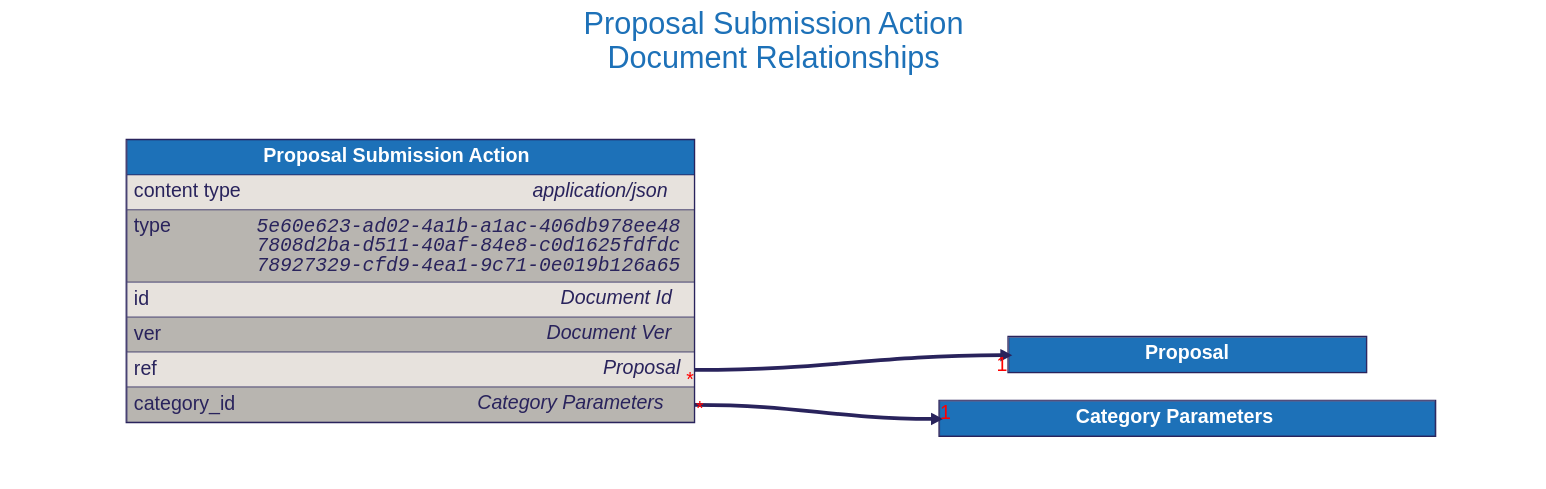
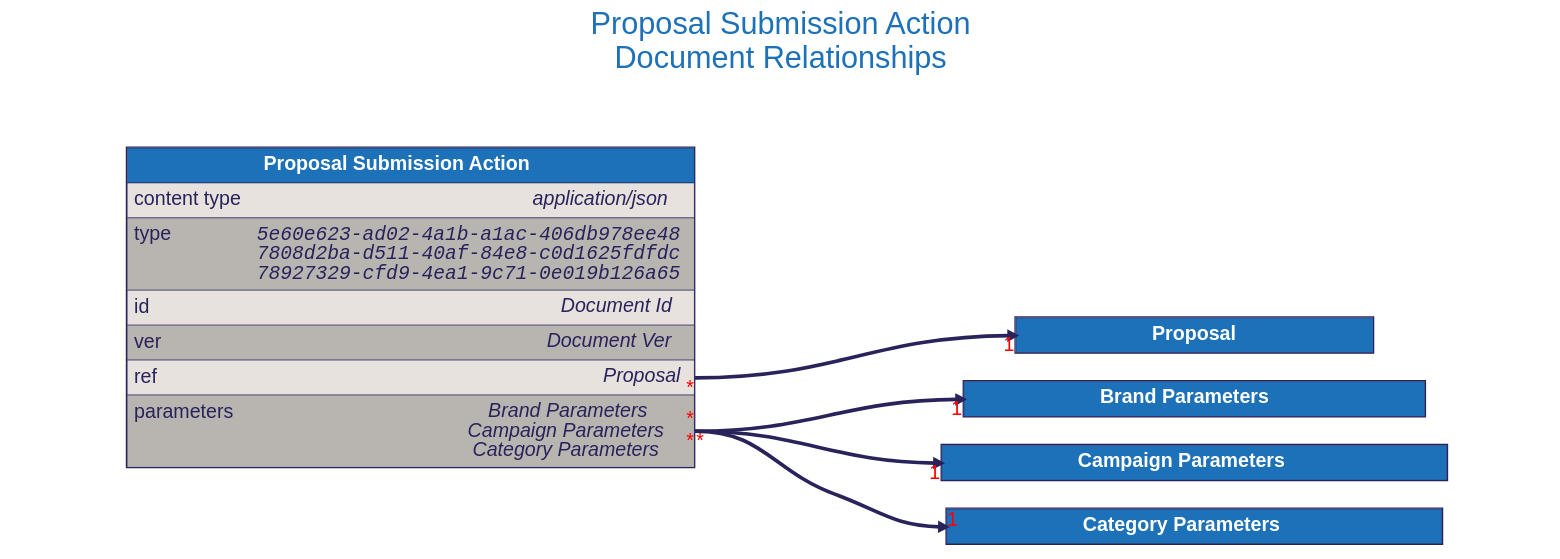
One commit to input-output-hk/catalyst-libs changed the diagram in docs/src/architecture/08_concepts/signed_doc/diagrams/proposal_submission_action.dot. Above: the diagram before and after it, drawn with Graphviz. The commit also changed 42 other files, not shown here.

```diff
--- a/docs/src/architecture/08_concepts/signed_doc/diagrams/proposal_submission_action.dot
+++ b/docs/src/architecture/08_concepts/signed_doc/diagrams/proposal_submission_action.dot
@@ -1,121 +1,153 @@
 digraph "Proposal Submission Action" {
     rankdir="LR"
         graph [fontname="helvetica", fontsize="32", fontcolor="#29235c", bgcolor="white"];
         node [penwidth="0", margin="0", fontname="helvetica", fontsize="32", fontcolor="#29235c"];
         edge [fontname="helvetica", fontsize="32", fontcolor="red", color="#29235c"];
 
     labelloc="t"
     label="Proposal Submission Action
 Document Relationships"
     fontcolor="#1d71b8"
     fontsize=50
 
 
     "Proposal" [
         id="Proposal";
         label=<
             <TABLE BORDER="2" COLOR="#29235c" CELLBORDER="1" CELLSPACING="0" CELLPADDING="10">
             <TR>
                 <TD PORT="title" BGCOLOR="#1d71b8" HREF="../proposal/">
                     <FONT COLOR="#ffffff"><B> Proposal </B></FONT>
+                </TD>
+            </TR>
+
+            </TABLE>
+        >
+    ];
+
+
+    "Brand Parameters" [
+        id="Brand Parameters";
+        label=<
+            <TABLE BORDER="2" COLOR="#29235c" CELLBORDER="1" CELLSPACING="0" CELLPADDING="10">
+            <TR>
+                <TD PORT="title" BGCOLOR="#1d71b8" HREF="../brand_parameters/">
+                    <FONT COLOR="#ffffff"><B> Brand Parameters </B></FONT>
+                </TD>
+            </TR>
+
+            </TABLE>
+        >
+    ];
+
+
+    "Campaign Parameters" [
+        id="Campaign Parameters";
+        label=<
+            <TABLE BORDER="2" COLOR="#29235c" CELLBORDER="1" CELLSPACING="0" CELLPADDING="10">
+            <TR>
+                <TD PORT="title" BGCOLOR="#1d71b8" HREF="../campaign_parameters/">
+                    <FONT COLOR="#ffffff"><B> Campaign Parameters </B></FONT>
                 </TD>
             </TR>
 
             </TABLE>
         >
     ];
 
 
     "Category Parameters" [
         id="Category Parameters";
         label=<
             <TABLE BORDER="2" COLOR="#29235c" CELLBORDER="1" CELLSPACING="0" CELLPADDING="10">
             <TR>
                 <TD PORT="title" BGCOLOR="#1d71b8" HREF="../category_parameters/">
                     <FONT COLOR="#ffffff"><B> Category Parameters </B></FONT>
                 </TD>
             </TR>
 
             </TABLE>
         >
     ];
 
 
     "Proposal Submission Action" [
         id="Proposal Submission Action";
         label=<
             <TABLE BORDER="2" COLOR="#29235c" CELLBORDER="1" CELLSPACING="0" CELLPADDING="10">
             <TR>
                 <TD PORT="title" BGCOLOR="#1d71b8" HREF="../proposal_submission_action/">
                     <FONT COLOR="#ffffff"><B> Proposal Submission Action </B></FONT>
                 </TD>
             </TR>
             <TR>
                 <TD ALIGN="LEFT" PORT="content type" BGCOLOR="#e7e2dd">
                     <TABLE CELLPADDING="0" CELLSPACING="0" BORDER="0">
                         <TR>
                             <TD ALIGN="LEFT" VALIGN="TOP" WIDTH="200"><FONT>content type</FONT></TD>
                             <TD ALIGN="RIGHT"><FONT><I>application/json</I></FONT></TD>
                         </TR>
                     </TABLE>
                 </TD>
             </TR>
             <TR>
                 <TD ALIGN="LEFT" PORT="type" BGCOLOR="#b8b5b0">
                     <TABLE CELLPADDING="0" CELLSPACING="0" BORDER="0">
                         <TR>
                             <TD ALIGN="LEFT" VALIGN="TOP" WIDTH="200"><FONT>type</FONT></TD>
                             <TD ALIGN="RIGHT"><FONT FACE="Courier"><I>5e60e623-ad02-4a1b-a1ac-406db978ee48<BR />7808d2ba-d511-40af-84e8-c0d1625fdfdc<BR />78927329-cfd9-4ea1-9c71-0e019b126a65</I></FONT></TD>
                         </TR>
                     </TABLE>
                 </TD>
             </TR>
             <TR>
                 <TD ALIGN="LEFT" PORT="id" BGCOLOR="#e7e2dd">
                     <TABLE CELLPADDING="0" CELLSPACING="0" BORDER="0">
                         <TR>
                             <TD ALIGN="LEFT" VALIGN="TOP" WIDTH="200"><FONT>id</FONT></TD>
                             <TD ALIGN="RIGHT"><FONT><I>Document Id</I></FONT></TD>
                         </TR>
                     </TABLE>
                 </TD>
             </TR>
             <TR>
                 <TD ALIGN="LEFT" PORT="ver" BGCOLOR="#b8b5b0">
                     <TABLE CELLPADDING="0" CELLSPACING="0" BORDER="0">
                         <TR>
                             <TD ALIGN="LEFT" VALIGN="TOP" WIDTH="200"><FONT>ver</FONT></TD>
                             <TD ALIGN="RIGHT"><FONT><I>Document Ver</I></FONT></TD>
                         </TR>
                     </TABLE>
                 </TD>
             </TR>
             <TR>
                 <TD ALIGN="LEFT" PORT="ref" BGCOLOR="#e7e2dd">
                     <TABLE CELLPADDING="0" CELLSPACING="0" BORDER="0">
                         <TR>
                             <TD ALIGN="LEFT" VALIGN="TOP" WIDTH="200"><FONT>ref</FONT></TD>
                             <TD ALIGN="RIGHT"><FONT><I>Proposal</I></FONT></TD>
                         </TR>
                     </TABLE>
                 </TD>
             </TR>
             <TR>
-                <TD ALIGN="LEFT" PORT="category_id" BGCOLOR="#b8b5b0">
+                <TD ALIGN="LEFT" PORT="parameters" BGCOLOR="#b8b5b0">
                     <TABLE CELLPADDING="0" CELLSPACING="0" BORDER="0">
                         <TR>
-                            <TD ALIGN="LEFT" VALIGN="TOP" WIDTH="200"><FONT>category_id</FONT></TD>
-                            <TD ALIGN="RIGHT"><FONT><I>Category Parameters</I></FONT></TD>
+                            <TD ALIGN="LEFT" VALIGN="TOP" WIDTH="200"><FONT>parameters</FONT></TD>
+                            <TD ALIGN="RIGHT"><FONT><I>Brand Parameters<BR />Campaign Parameters<BR />Category Parameters</I></FONT></TD>
                         </TR>
                     </TABLE>
                 </TD>
             </TR>
 
             </TABLE>
         >
     ];
 
 
     "Proposal Submission Action":"ref":e -> "Proposal":"title":w [dir=forward, penwidth=6, color="#29235c", headlabel="1", taillabel="*"]
-    "Proposal Submission Action":"category_id":e -> "Category Parameters":"title":w [dir=forward, penwidth=6, color="#29235c", headlabel="1", taillabel="*"]
+    "Proposal Submission Action":"parameters":e -> "Brand Parameters":"title":w [dir=forward, penwidth=6, color="#29235c", headlabel="1", taillabel="*"]
+    "Proposal Submission Action":"parameters":e -> "Campaign Parameters":"title":w [dir=forward, penwidth=6, color="#29235c", headlabel="1", taillabel="*"]
+    "Proposal Submission Action":"parameters":e -> "Category Parameters":"title":w [dir=forward, penwidth=6, color="#29235c", headlabel="1", taillabel="*"]
 }
```
